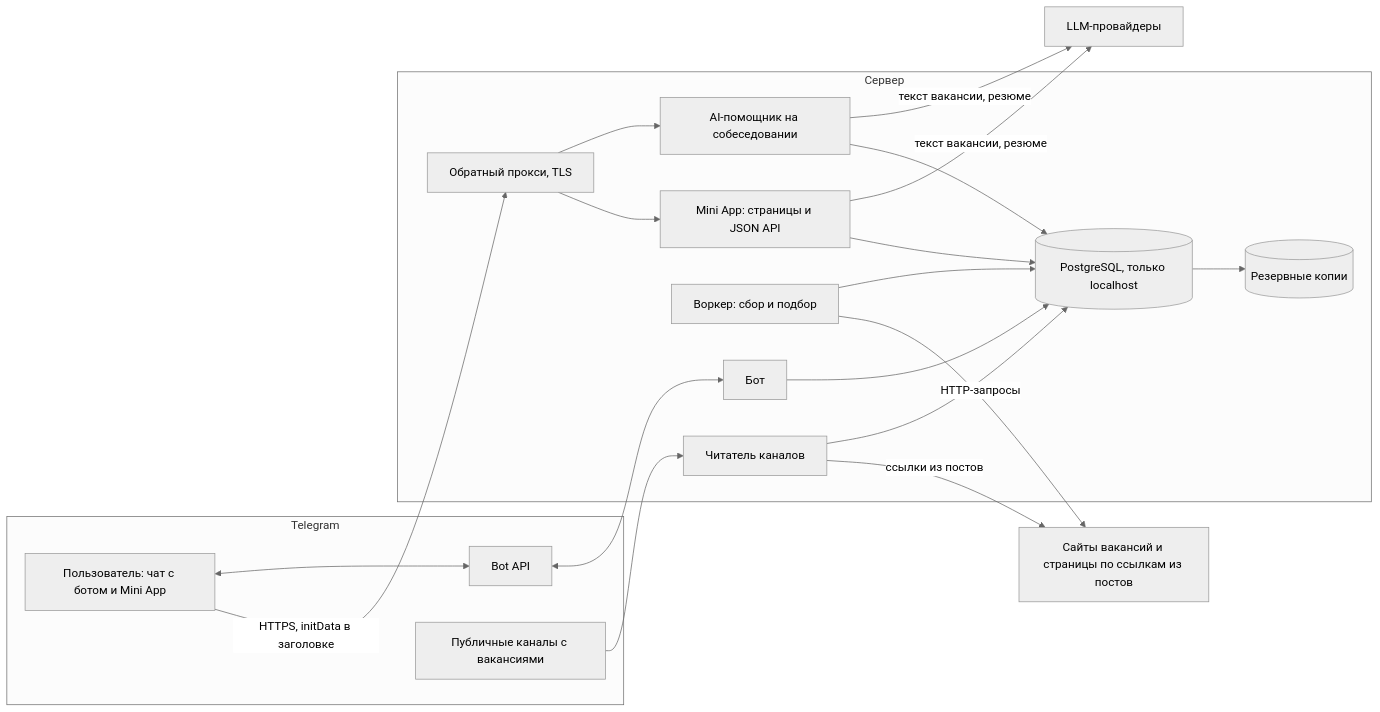
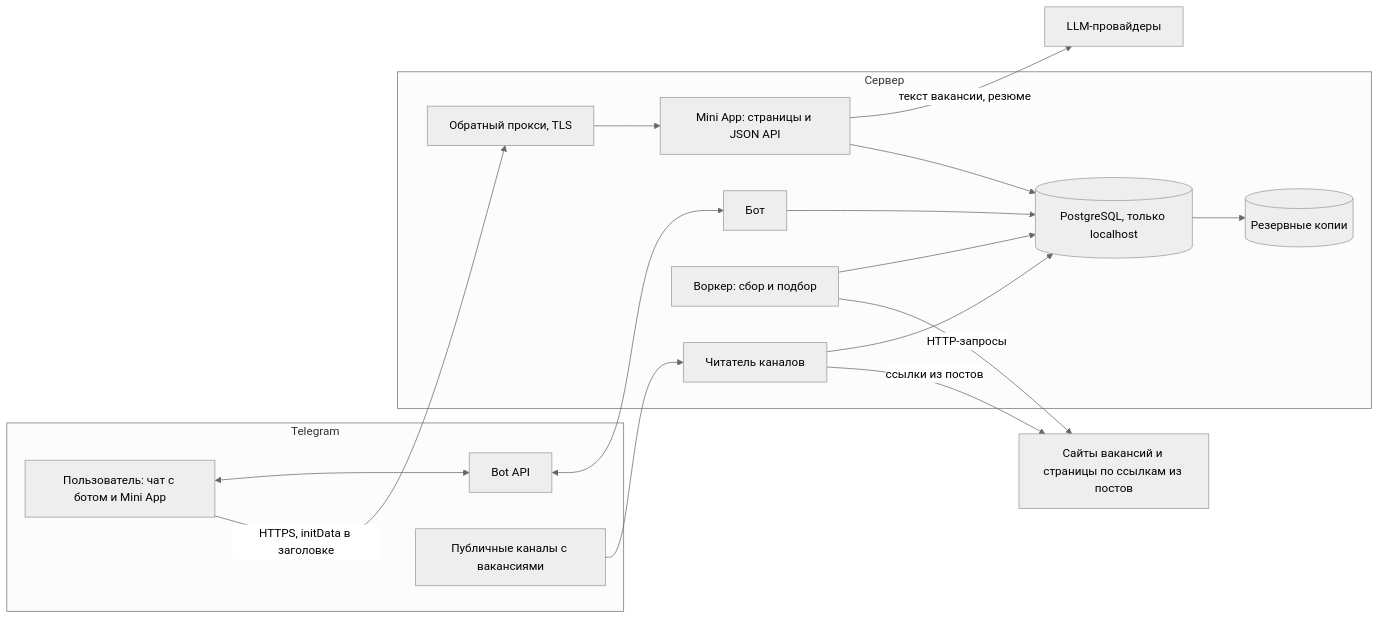
Before and after one commit to sonyfrid/hunterkitty-security-review: the diagram in docs/threat-model.md, drawn with Mermaid (neutral theme). The commit also changed other lines of this file and 1 other file, not shown here.

Commit message:
docs: update system scope

````diff
--- a/docs/threat-model.md
+++ b/docs/threat-model.md
@@ -9,29 +9,27 @@
 ```mermaid
 flowchart LR
   subgraph TG[Telegram]
     U[Пользователь: чат с ботом и Mini App]
     BAPI[Bot API]
     CH[Публичные каналы с вакансиями]
   end
   subgraph SRV[Сервер]
     RP[Обратный прокси, TLS]
     WEB[Mini App: страницы и JSON API]
     BOT[Бот]
     WRK[Воркер: сбор и подбор]
     UB[Читатель каналов]
-    INT[AI-помощник на собеседовании]
     DB[(PostgreSQL, только localhost)]
     BK[(Резервные копии)]
   end
   EXT[Сайты вакансий и страницы по ссылкам из постов]
   LLM[LLM-провайдеры]
   U -- HTTPS, initData в заголовке --> RP --> WEB
-  RP --> INT
   U <--> BAPI <--> BOT
   CH --> UB
   WRK -- HTTP-запросы --> EXT
   UB -- ссылки из постов --> EXT
-  WEB & BOT & WRK & UB & INT --> DB
-  WEB & INT -- текст вакансии, резюме --> LLM
+  WEB & BOT & WRK & UB --> DB
+  WEB -- текст вакансии, резюме --> LLM
   DB --> BK
 ```
````
